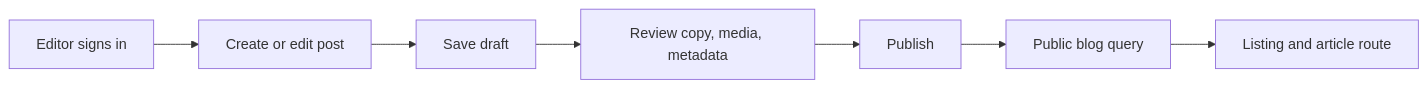
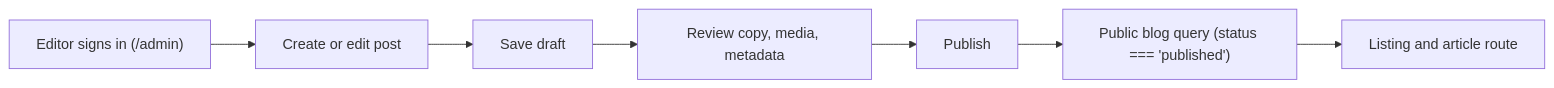
One commit to xvonpat/patrik-von-porat-portfolio changed the second of 4 diagrams in docs/ai/SITE_ARCHITECTURE.md. Above: the diagram before and after it, drawn with Mermaid. The commit also changed other lines of this file and 12 other files, not shown here.

````diff
--- a/docs/ai/SITE_ARCHITECTURE.md
+++ b/docs/ai/SITE_ARCHITECTURE.md
@@ -257,9 +178,9 @@
 ```mermaid
 flowchart LR
-    A["Editor signs in"] --> B["Create or edit post"]
+    A["Editor signs in (/admin)"] --> B["Create or edit post"]
     B --> C["Save draft"]
     C --> D["Review copy, media, metadata"]
     D --> E["Publish"]
-    E --> F["Public blog query"]
+    E --> F["Public blog query (status === 'published')"]
     F --> G["Listing and article route"]
 ```
````
